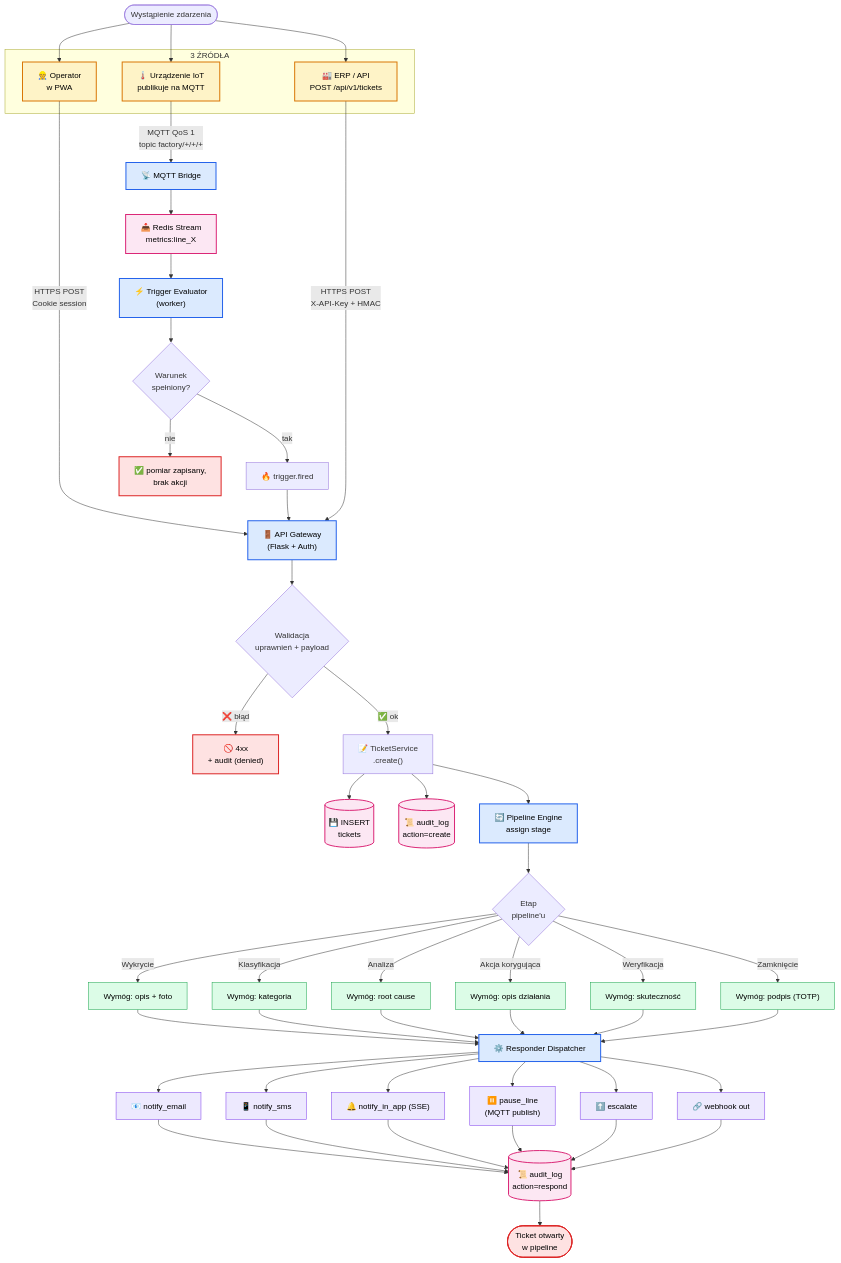
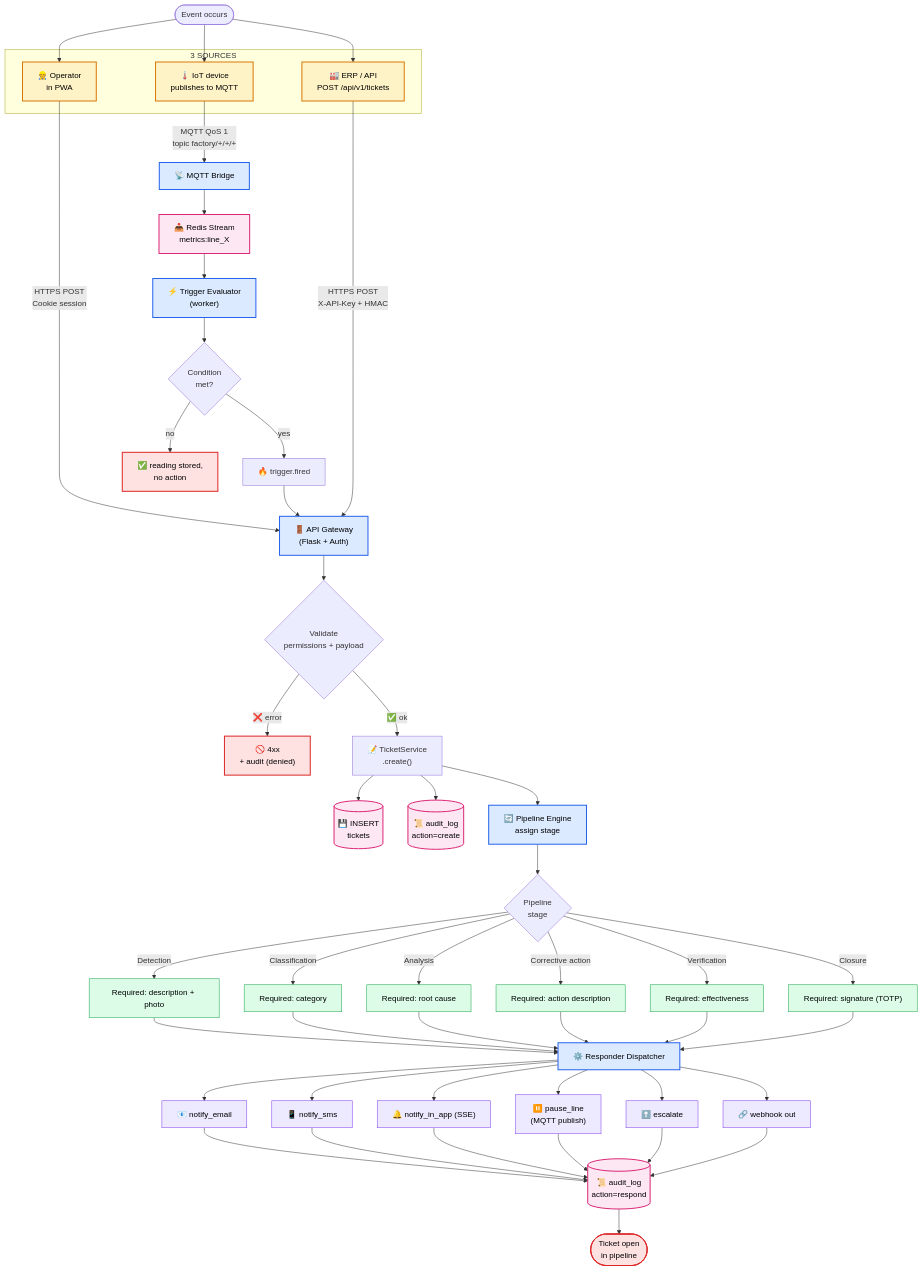
Before and after one commit to AmigoUK/qms-bakery: the third of 10 diagrams in 02-diagramy-architektury.md, drawn with Mermaid. The commit also changed other lines of this file and 1 other file, not shown here.

First line of the commit message:
Translate architecture docs (01-, 02-) from Polish to English

````diff
--- a/02-diagramy-architektury.md
+++ b/02-diagramy-architektury.md
@@ -152,77 +152,77 @@
 ```mermaid
 flowchart TB
-    START([Wystąpienie zdarzenia])
+    START([Event occurs])
 
-    subgraph SOURCES["3 ŹRÓDŁA"]
-        S1["👷 Operator<br/>w PWA"]
-        S2["🌡️ Urządzenie IoT<br/>publikuje na MQTT"]
+    subgraph SOURCES["3 SOURCES"]
+        S1["👷 Operator<br/>in PWA"]
+        S2["🌡️ IoT device<br/>publishes to MQTT"]
         S3["🏭 ERP / API<br/>POST /api/v1/tickets"]
     end
 
     START --> S1
     START --> S2
     START --> S3
 
     S1 -->|HTTPS POST<br/>Cookie session| GW["🚪 API Gateway<br/>(Flask + Auth)"]
     S2 -->|MQTT QoS 1<br/>topic factory/+/+/+| MB["📡 MQTT Bridge"]
     S3 -->|HTTPS POST<br/>X-API-Key + HMAC| GW
 
     MB --> RS["📥 Redis Stream<br/>metrics:line_X"]
     RS --> TE["⚡ Trigger Evaluator<br/>(worker)"]
-    TE --> COND{"Warunek<br/>spełniony?"}
-    COND -->|nie| DROP["✅ pomiar zapisany,<br/>brak akcji"]
-    COND -->|tak| FIRE["🔥 trigger.fired"]
+    TE --> COND{"Condition<br/>met?"}
+    COND -->|no| DROP["✅ reading stored,<br/>no action"]
+    COND -->|yes| FIRE["🔥 trigger.fired"]
     FIRE --> GW
 
-    GW --> VAL{"Walidacja<br/>uprawnień + payload"}
-    VAL -->|❌ błąd| ERR["🚫 4xx<br/>+ audit (denied)"]
+    GW --> VAL{"Validate<br/>permissions + payload"}
+    VAL -->|❌ error| ERR["🚫 4xx<br/>+ audit (denied)"]
     VAL -->|✅ ok| CREATE["📝 TicketService<br/>.create()"]
     CREATE --> DB1[("💾 INSERT<br/>tickets")]
     CREATE --> AUD1[("📜 audit_log<br/>action=create")]
     CREATE --> PIPE["🔄 Pipeline Engine<br/>assign stage"]
 
-    PIPE --> STAGE{"Etap<br/>pipeline'u"}
-    STAGE -->|Wykrycie| ST1["Wymóg: opis + foto"]
-    STAGE -->|Klasyfikacja| ST2["Wymóg: kategoria"]
-    STAGE -->|Analiza| ST3["Wymóg: root cause"]
-    STAGE -->|Akcja korygująca| ST4["Wymóg: opis działania"]
-    STAGE -->|Weryfikacja| ST5["Wymóg: skuteczność"]
-    STAGE -->|Zamknięcie| ST6["Wymóg: podpis (TOTP)"]
+    PIPE --> STAGE{"Pipeline<br/>stage"}
+    STAGE -->|Detection| ST1["Required: description + photo"]
+    STAGE -->|Classification| ST2["Required: category"]
+    STAGE -->|Analysis| ST3["Required: root cause"]
+    STAGE -->|Corrective action| ST4["Required: action description"]
+    STAGE -->|Verification| ST5["Required: effectiveness"]
+    STAGE -->|Closure| ST6["Required: signature (TOTP)"]
 
     ST1 --> RESP
     ST2 --> RESP
     ST3 --> RESP
     ST4 --> RESP
     ST5 --> RESP
     ST6 --> RESP["⚙️ Responder Dispatcher"]
 
     RESP --> R1["📧 notify_email"]
     RESP --> R2["📱 notify_sms"]
     RESP --> R3["🔔 notify_in_app (SSE)"]
     RESP --> R4["⏸️ pause_line<br/>(MQTT publish)"]
     RESP --> R5["⬆️ escalate"]
     RESP --> R6["🔗 webhook out"]
 
     R1 --> AUD2[("📜 audit_log<br/>action=respond")]
     R2 --> AUD2
     R3 --> AUD2
     R4 --> AUD2
     R5 --> AUD2
     R6 --> AUD2
 
-    AUD2 --> DONE([Ticket otwarty<br/>w pipeline])
+    AUD2 --> DONE([Ticket open<br/>in pipeline])
 
     classDef source fill:#fef3c7,stroke:#d97706,stroke-width:2px,color:#000
     classDef gateway fill:#dbeafe,stroke:#2563eb,stroke-width:2px,color:#000
     classDef storage fill:#fce7f3,stroke:#db2777,stroke-width:2px,color:#000
     classDef stage fill:#dcfce7,stroke:#16a34a,stroke-width:1px,color:#000
     classDef responder fill:#ede9fe,stroke:#7c3aed,stroke-width:1px,color:#000
     classDef terminal fill:#fee2e2,stroke:#dc2626,stroke-width:2px,color:#000
 
     class S1,S2,S3 source
     class GW,MB,TE,RESP,PIPE gateway
     class DB1,AUD1,AUD2,RS storage
     class ST1,ST2,ST3,ST4,ST5,ST6 stage
     class R1,R2,R3,R4,R5,R6 responder
     class ERR,DROP,DONE terminal
 ```
````
